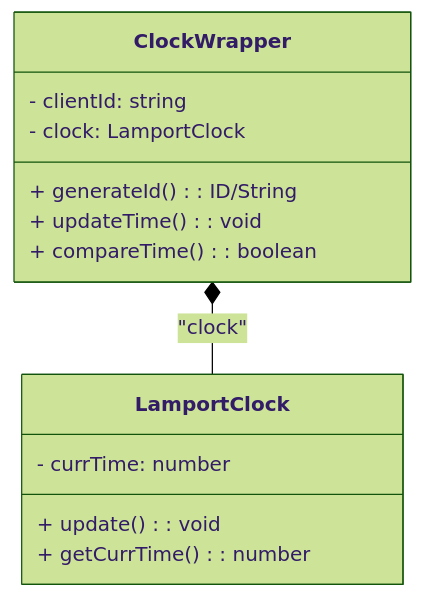
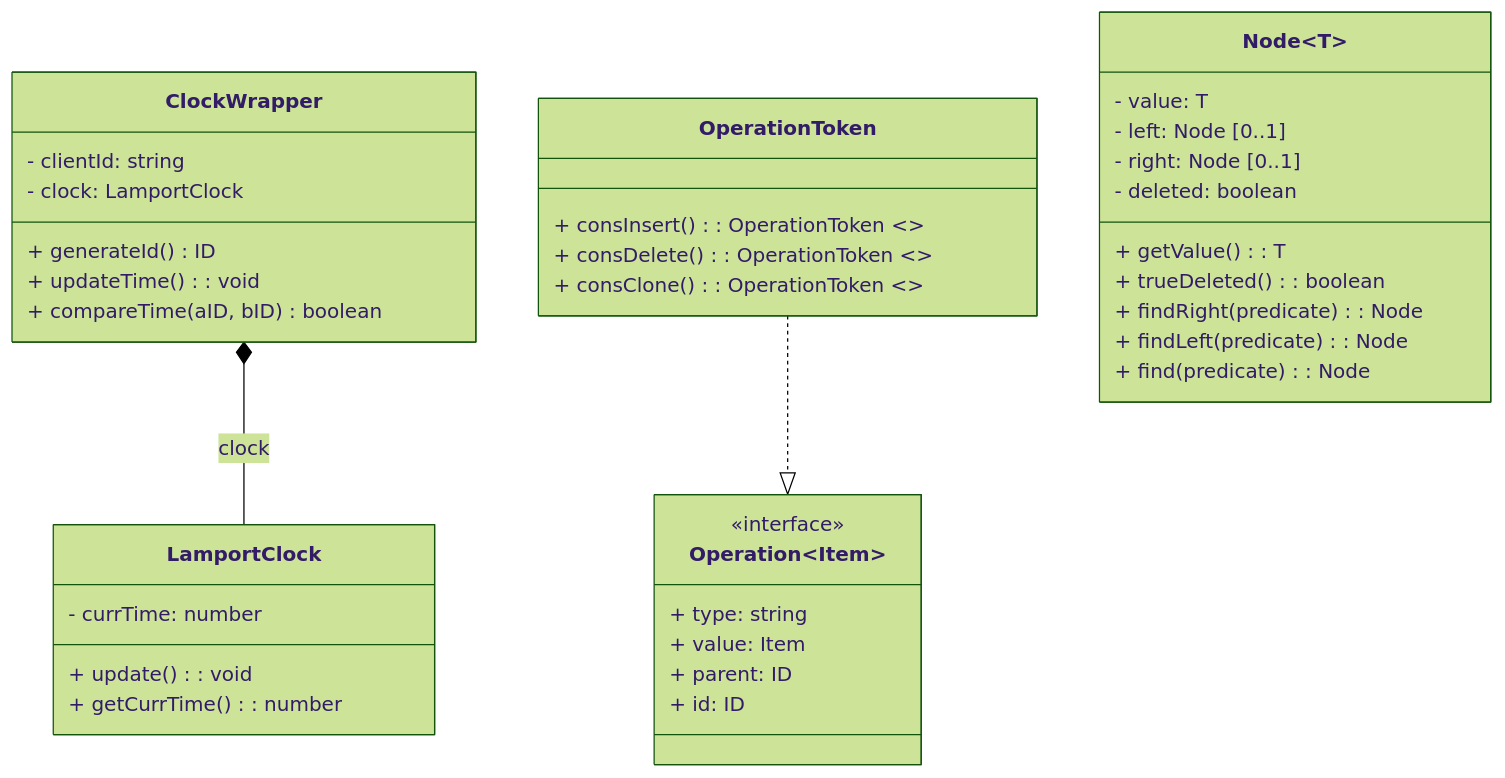
The diagram in UML.md (isaiahchan1405/CRDT-RGA), drawn with Mermaid (forest theme) before and after one commit.

Commit message:
uml update

````diff
--- a/UML.md
+++ b/UML.md
@@ -1,19 +1,47 @@
 ```mermaid
 classDiagram
     class LamportClock {
         - currTime: number
         + update(): void
         + getCurrTime(): number
     }
 
     class ClockWrapper {
         - clientId: string
         - clock: LamportClock
-        + generateId(): ID/String
+        + generateId() ID
         + updateTime(): void
-        + compareTime(): boolean
+        + compareTime(aID, bID) boolean
+    }
+    
+    class Operation~Item~ {
+        <<interface>>
+        + type: string
+        + value: Item
+        + parent: ID
+        + id: ID
     }
 
-    ClockWrapper *-- LamportClock : "clock"
+    class OperationToken {
+        + consInsert(): OperationToken <<static>>
+        + consDelete(): OperationToken <<static>>
+        + consClone(): OperationToken <<static>>
+    }
 
+    class Node~T~ {
+        - value: T
+        - left: Node<T> [0..1]
+        - right: Node<T> [0..1]
+        - deleted: boolean
+        + getValue(): T
+        + trueDeleted(): boolean
+        + findRight(predicate): Node<T>
+        + findLeft(predicate): Node<T>
+        + find(predicate): Node<T>
+    }
+
+    
+
+    ClockWrapper *-- LamportClock : clock
+    OperationToken ..|> Operation
 ```
````
